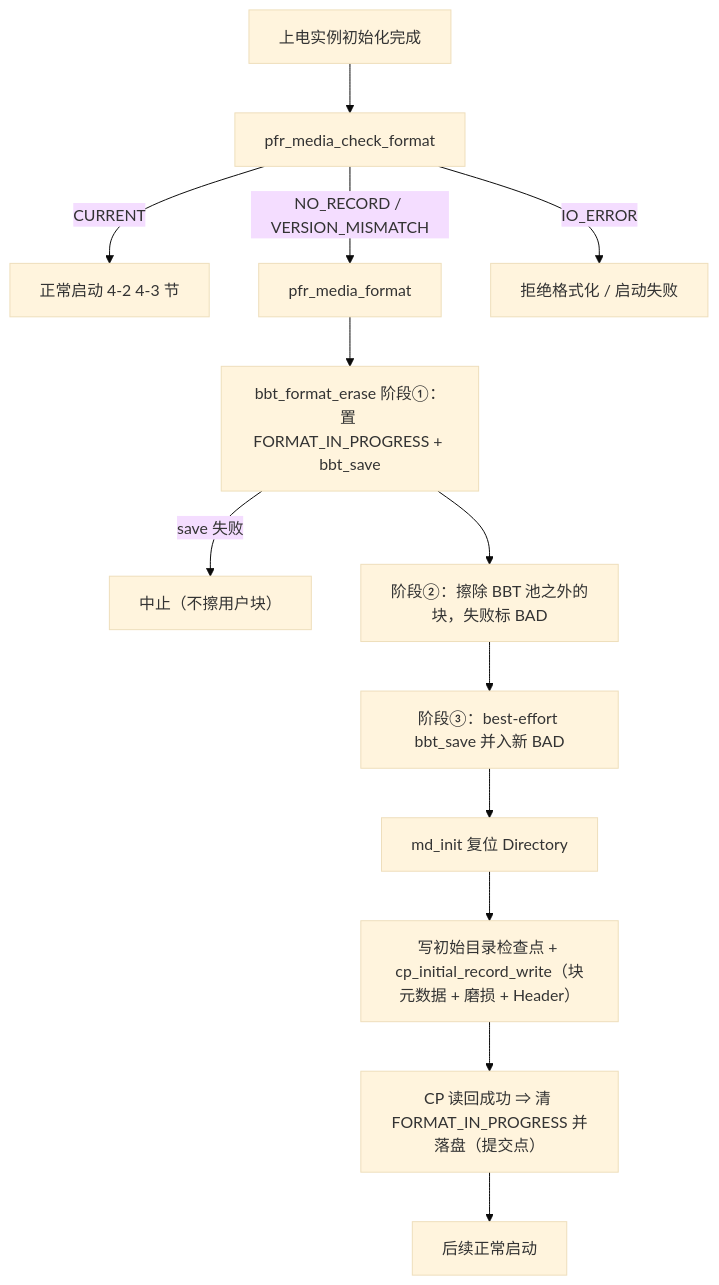
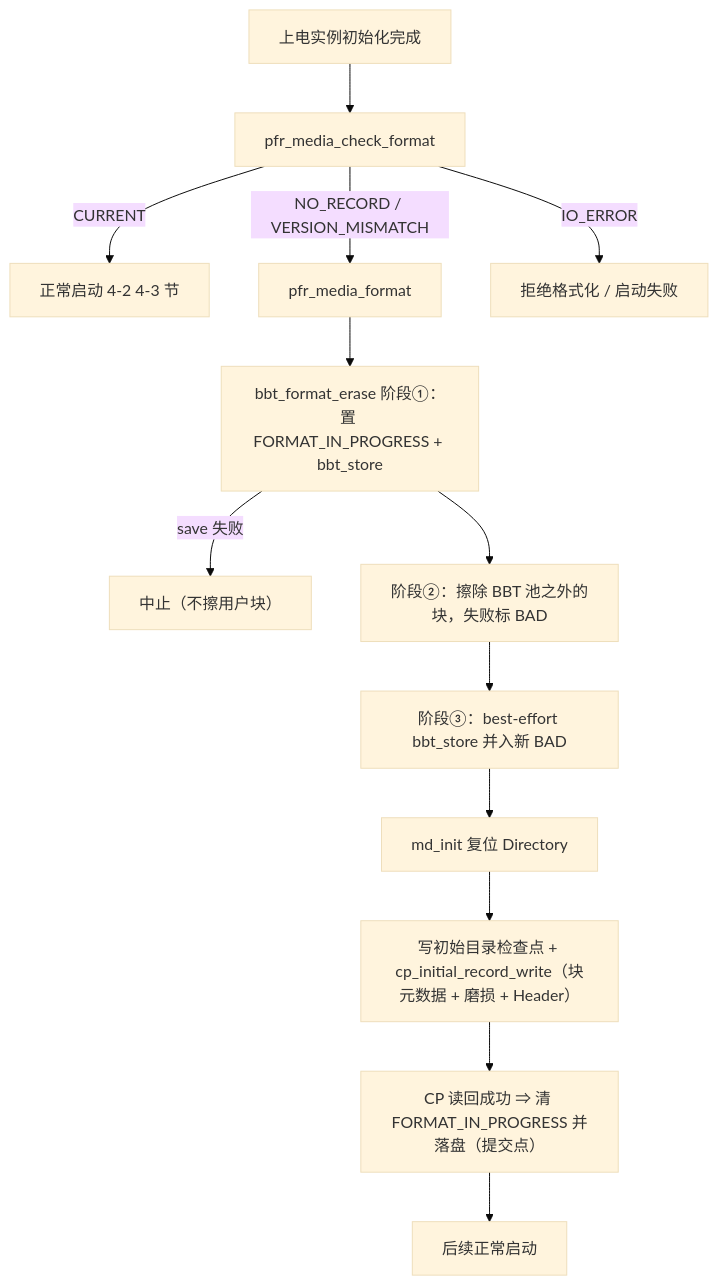
One commit to YzYMIAO/BASESSD changed diagram 41 of 50 in docs/design/ftl_design.md. Above: the diagram before and after it, drawn with Mermaid (base theme). The commit also changed other lines of this file and 42 other files, not shown here.

````diff
--- a/docs/design/ftl_design.md
+++ b/docs/design/ftl_design.md
@@ -4426,15 +4723,15 @@
 ```mermaid
 flowchart TD
  A["上电实例初始化完成"] --> B["pfr_media_check_format"]
  B -- "CURRENT" --> C["正常启动 4-2 4-3 节"]
  B -- "NO_RECORD / VERSION_MISMATCH" --> D["pfr_media_format"]
  B -- "IO_ERROR" --> H["拒绝格式化 / 启动失败"]
- D --> D1["bbt_format_erase 阶段①：置 FORMAT_IN_PROGRESS + bbt_save"]
+ D --> D1["bbt_format_erase 阶段①：置 FORMAT_IN_PROGRESS + bbt_store"]
  D1 -- "save 失败" --> H2["中止（不擦用户块）"]
  D1 --> D2["阶段②：擦除 BBT 池之外的块，失败标 BAD"]
- D2 --> D3["阶段③：best-effort bbt_save 并入新 BAD"]
+ D2 --> D3["阶段③：best-effort bbt_store 并入新 BAD"]
  D3 --> D4["md_init 复位 Directory"]
  D4 --> D5["写初始目录检查点 + cp_initial_record_write（块元数据 + 磨损 + Header）"]
  D5 --> D6["CP 读回成功 ⇒ 清 FORMAT_IN_PROGRESS 并落盘（提交点）"]
  D6 --> E["后续正常启动"]
 ```
````
